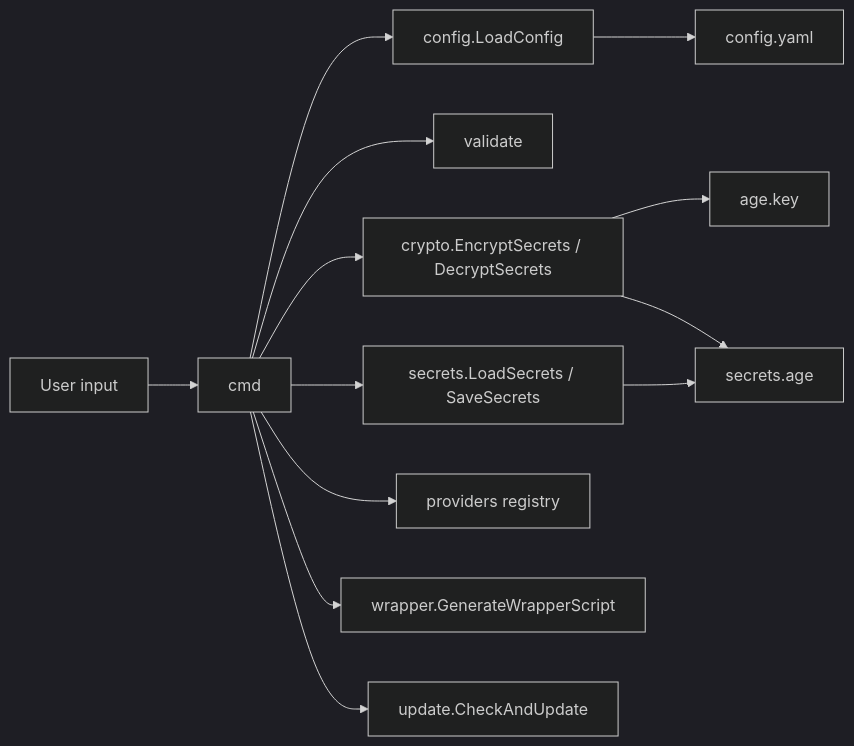
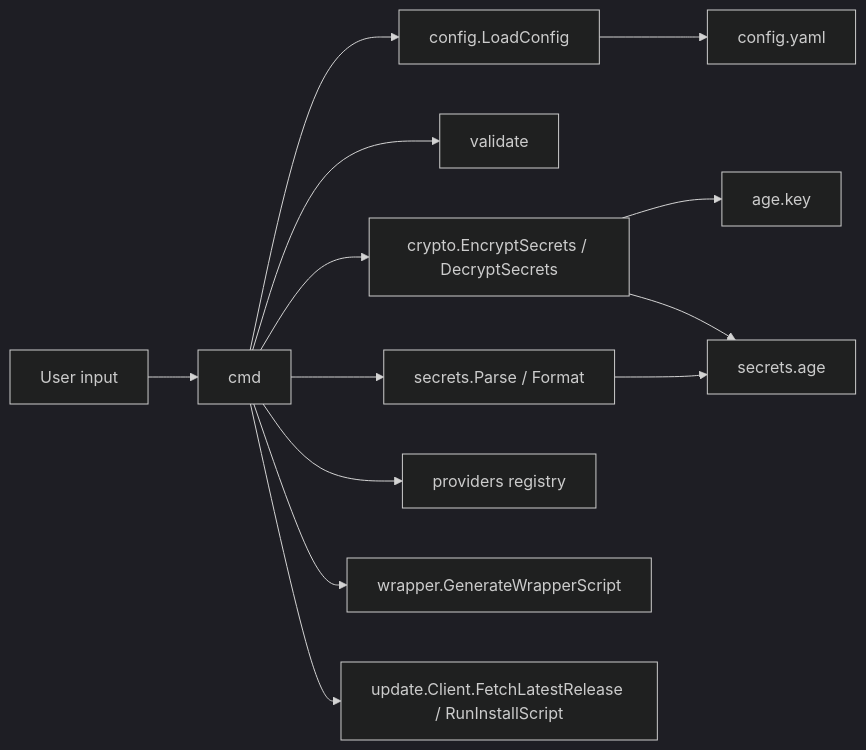
Before and after one commit to dkmnx/kairo: the second of 2 diagrams in internal/README.md, drawn with Mermaid (dark theme). The commit also changed 12 other files, not shown here.

````diff
--- a/internal/README.md
+++ b/internal/README.md
@@ -294,15 +294,15 @@
 ```mermaid
 flowchart LR
     User[User input] --> Cmd[cmd]
     Cmd --> Config[config.LoadConfig]
     Cmd --> Validate[validate]
     Cmd --> Crypto[crypto.EncryptSecrets / DecryptSecrets]
-    Cmd --> Secrets[secrets.LoadSecrets / SaveSecrets]
+    Cmd --> Secrets[secrets.Parse / Format]
     Cmd --> Providers[providers registry]
     Cmd --> Wrapper[wrapper.GenerateWrapperScript]
-    Cmd --> Update[update.CheckAndUpdate]
+    Cmd --> Update[update.Client.FetchLatestRelease / RunInstallScript]
     Config --> YAML[config.yaml]
     Crypto --> Key[age.key]
     Crypto --> SecretsFile[secrets.age]
     Secrets --> SecretsFile
 ```
````
